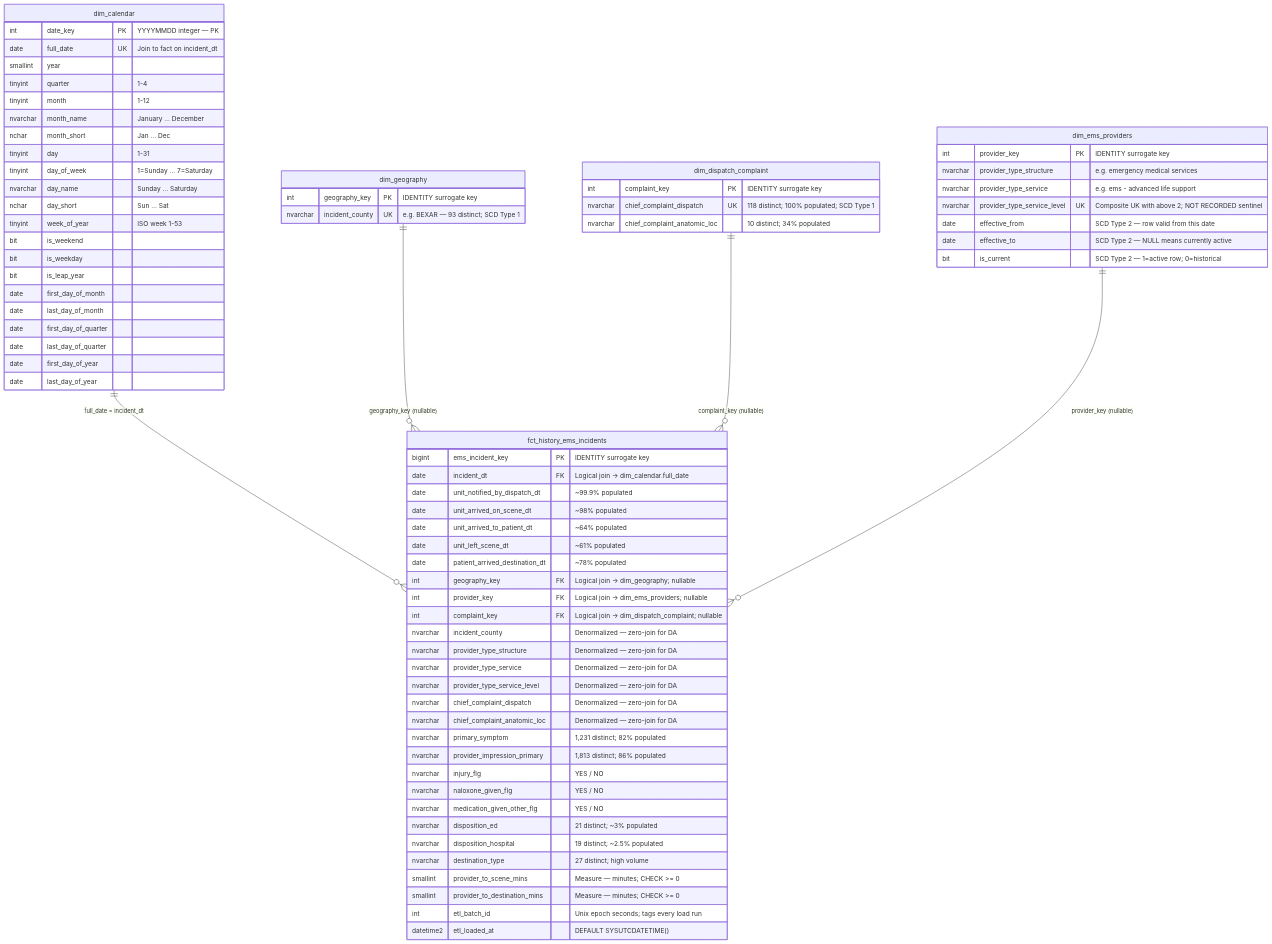
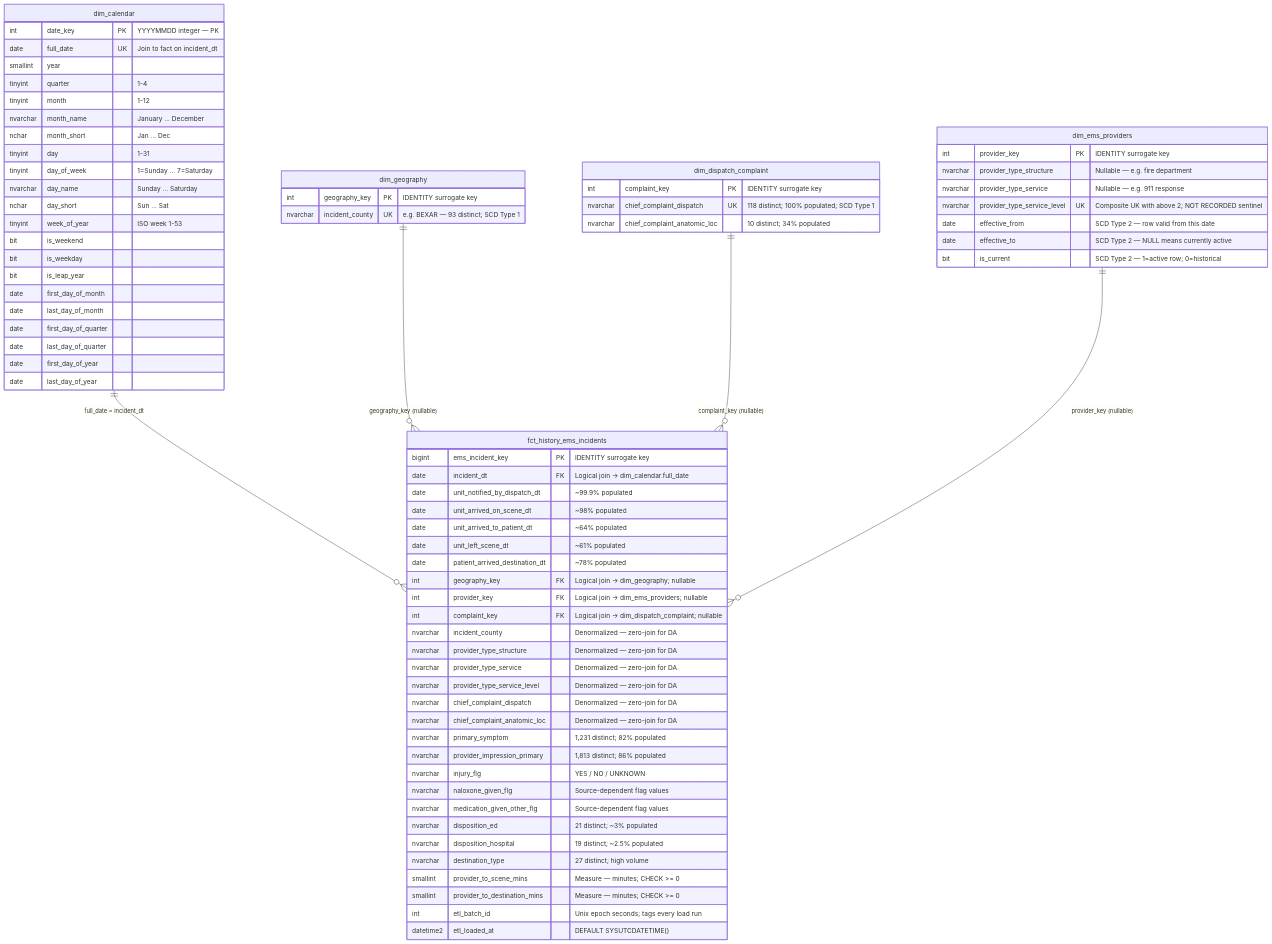
The first of 3 diagrams in docs/star_schema_erd.md (PK0497/EMS), drawn with Mermaid before and after one commit. The commit also changed other lines of this file and 12 other files, not shown here.

```diff
--- a/docs/star_schema_erd.md
+++ b/docs/star_schema_erd.md
@@ -55,8 +55,8 @@
 
     dim_ems_providers {
         int      provider_key         PK  "IDENTITY surrogate key"
-        nvarchar provider_type_structure   "e.g. emergency medical services"
-        nvarchar provider_type_service     "e.g. ems - advanced life support"
+        nvarchar provider_type_structure   "Nullable — e.g. fire department"
+        nvarchar provider_type_service     "Nullable — e.g. 911 response"
         nvarchar provider_type_service_level  UK  "Composite UK with above 2; NOT RECORDED sentinel"
         date     effective_from            "SCD Type 2 — row valid from this date"
         date     effective_to              "SCD Type 2 — NULL means currently active"
@@ -87,9 +87,9 @@
         nvarchar primary_symptom          "1,231 distinct; 82% populated"
         nvarchar provider_impression_primary  "1,813 distinct; 86% populated"
 
-        nvarchar injury_flg               "YES / NO"
-        nvarchar naloxone_given_flg       "YES / NO"
-        nvarchar medication_given_other_flg  "YES / NO"
+        nvarchar injury_flg               "YES / NO / UNKNOWN"
+        nvarchar naloxone_given_flg       "Source-dependent flag values"
+        nvarchar medication_given_other_flg  "Source-dependent flag values"
 
         nvarchar disposition_ed           "21 distinct; ~3% populated"
         nvarchar disposition_hospital     "19 distinct; ~2.5% populated"
```
